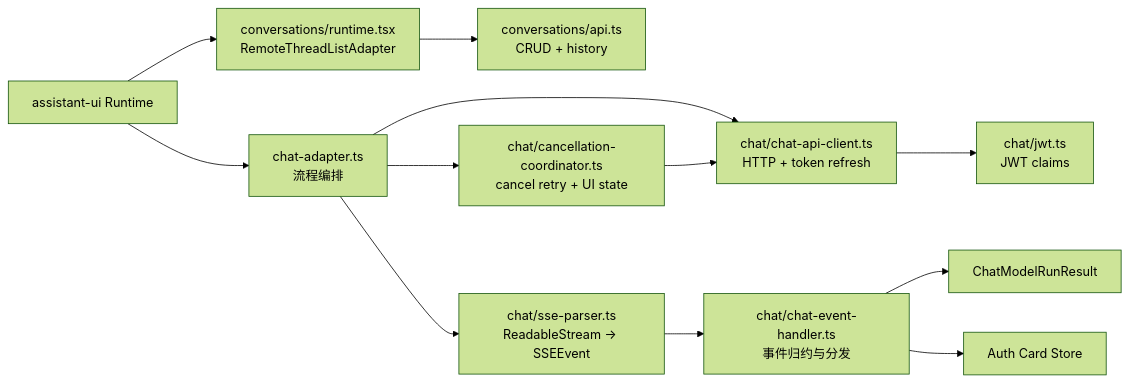
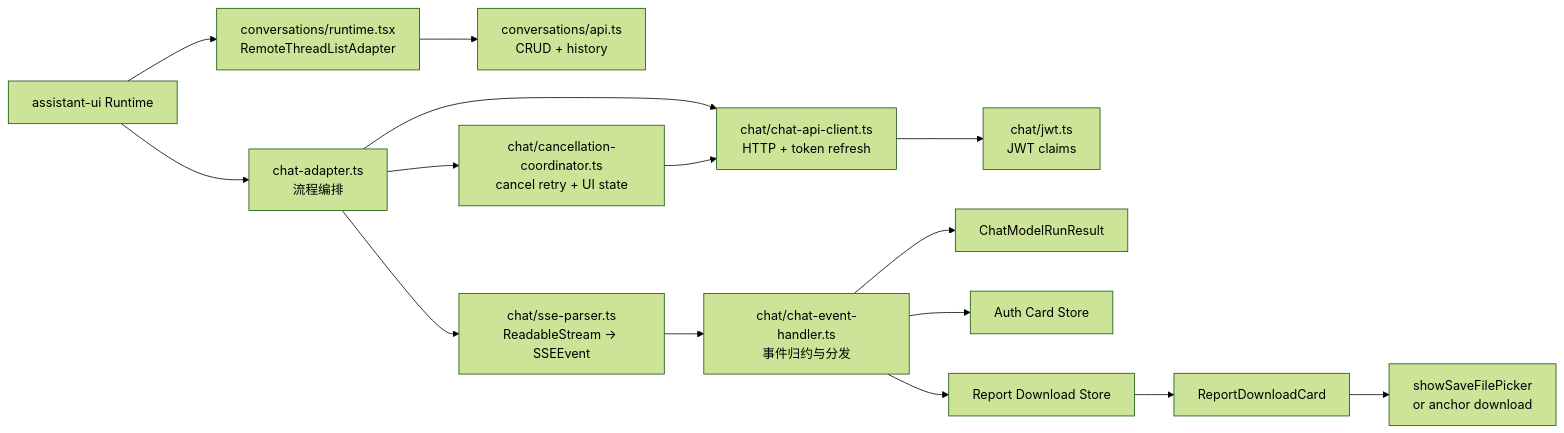
One commit to T-1009/personal-assistant changed the eighth of 15 diagrams in personal-assistant-meta/architecture/frontend_architecture.md. Above: the diagram before and after it, drawn with Mermaid (forest theme). The commit also changed other lines of this file and 34 other files, not shown here.

````diff
--- a/personal-assistant-meta/architecture/frontend_architecture.md
+++ b/personal-assistant-meta/architecture/frontend_architecture.md
@@ -323,14 +359,17 @@
 ```mermaid
 flowchart LR
     Runtime["assistant-ui Runtime"] --> Adapter["chat-adapter.ts<br/>流程编排"]
     Runtime --> Threads["conversations/runtime.tsx<br/>RemoteThreadListAdapter"]
     Threads --> ConversationAPI["conversations/api.ts<br/>CRUD + history"]
     Adapter --> API["chat/chat-api-client.ts<br/>HTTP + token refresh"]
     Adapter --> Cancel["chat/cancellation-coordinator.ts<br/>cancel retry + UI state"]
     Cancel --> API
     API --> JWT["chat/jwt.ts<br/>JWT claims"]
     Adapter --> Parser["chat/sse-parser.ts<br/>ReadableStream → SSEEvent"]
     Parser --> Handler["chat/chat-event-handler.ts<br/>事件归约与分发"]
     Handler --> Result["ChatModelRunResult"]
     Handler --> AuthStore["Auth Card Store"]
+    Handler --> ReportStore["Report Download Store"]
+    ReportStore --> ReportCard["ReportDownloadCard"]
+    ReportCard --> Save["showSaveFilePicker<br/>or anchor download"]
 ```
````
